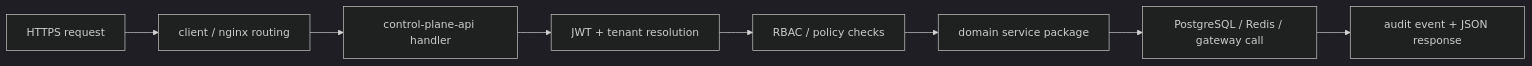
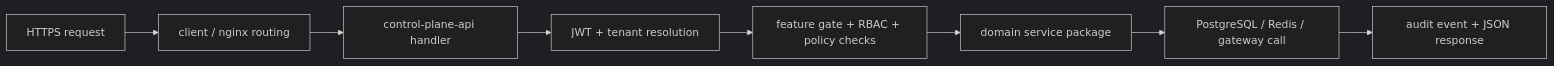
One commit to dnviti/remote-desktop-manager changed the third of 4 diagrams in docs/architecture.md. Above: the diagram before and after it, drawn with Mermaid (dark theme). The commit also changed other lines of this file and 80 other files, not shown here.

Commit message:
Add installer-managed deployment flow and runtime feature manifest

````diff
--- a/docs/architecture.md
+++ b/docs/architecture.md
@@ -126,10 +157,10 @@
 ```mermaid
 flowchart LR
     A["HTTPS request"] --> B["client / nginx routing"]
     B --> C["control-plane-api handler"]
     C --> D["JWT + tenant resolution"]
-    D --> E["RBAC / policy checks"]
+    D --> E["feature gate + RBAC + policy checks"]
     E --> F["domain service package"]
     F --> G["PostgreSQL / Redis / gateway call"]
     G --> H["audit event + JSON response"]
 ```
````
